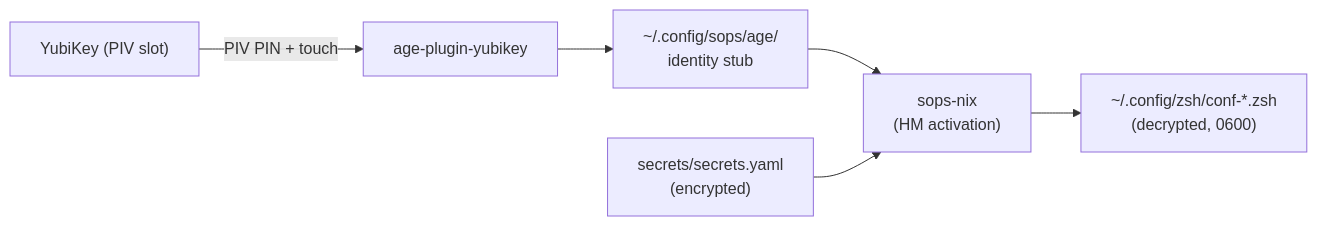
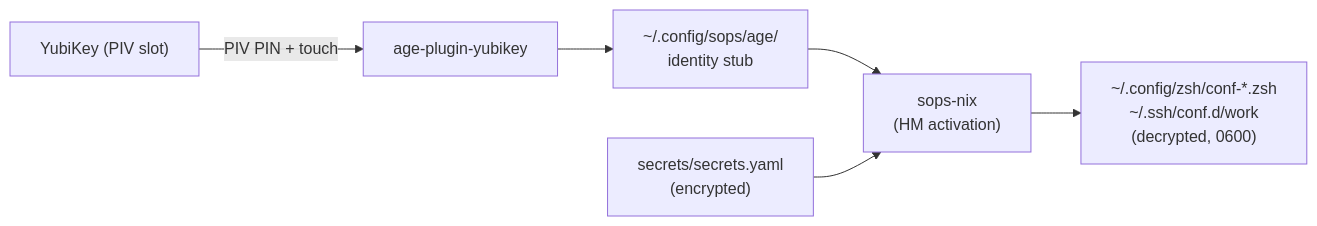
One commit to kaynetik/kaynix changed the second of 2 diagrams in README.md. Above: the diagram before and after it, drawn with Mermaid. The commit also changed other lines of this file, not shown here.

Commit message:
chore: cleanup mermaids

````diff
--- a/README.md
+++ b/README.md
@@ -94,15 +105,15 @@
 ```mermaid
 flowchart LR
     YK["YubiKey (PIV slot)"]
     PLUGIN["age-plugin-yubikey"]
     ID["~/.config/sops/age/<br/>identity stub"]
     SOPSF["secrets/secrets.yaml<br/>(encrypted)"]
     SOPSNIX["sops-nix<br/>(HM activation)"]
-    PLAIN["~/.config/zsh/conf-*.zsh<br/>(decrypted, 0600)"]
+    PLAIN["~/.config/zsh/conf-*.zsh<br/>~/.ssh/conf.d/work<br/>(decrypted, 0600)"]
 
     YK -- "PIV PIN + touch" --> PLUGIN
     PLUGIN --> ID
     ID --> SOPSNIX
     SOPSF --> SOPSNIX
     SOPSNIX --> PLAIN
 ```
````
